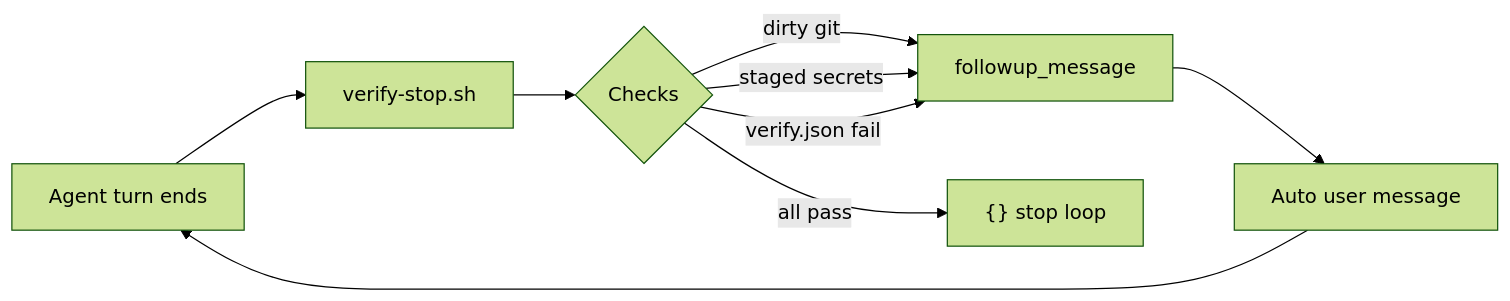
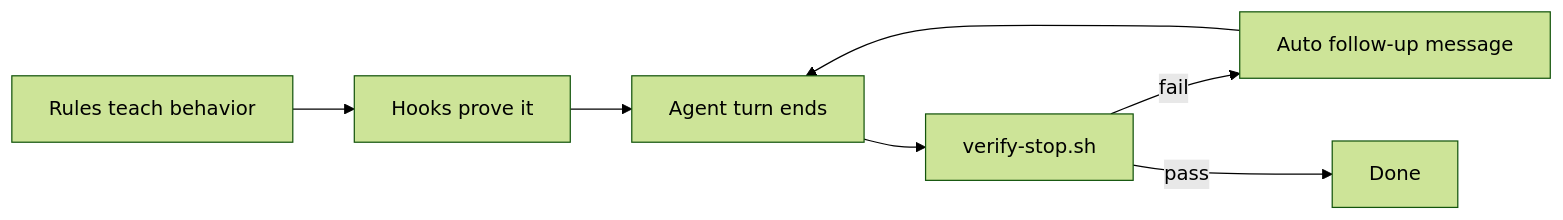
Before and after one commit to jameslcowan/kleto-go: the diagram in README.md, drawn with Mermaid (forest theme). The commit also changed other lines of this file and 14 other files, not shown here.

````diff
--- a/README.md
+++ b/README.md
@@ -35,11 +46,9 @@
 ```mermaid
 flowchart LR
-  A[Agent turn ends] --> B[verify-stop.sh]
-  B --> C{Checks}
-  C -->|dirty git| D[followup_message]
-  C -->|staged secrets| D
-  C -->|verify.json fail| D
-  C -->|all pass| E["{}" stop loop]
-  D --> F[Auto user message]
-  F --> A
+  R[Rules teach behavior] --> H[Hooks prove it]
+  H --> A[Agent turn ends]
+  A --> S[verify-stop.sh]
+  S -->|fail| L[Auto follow-up message]
+  L --> A
+  S -->|pass| OK[Done]
 ```
````
